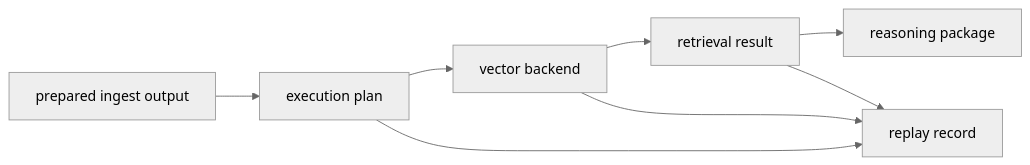
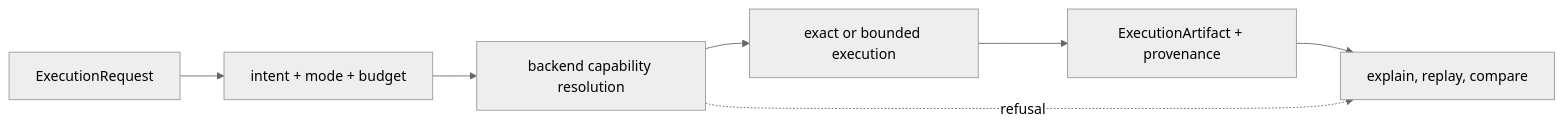
Before and after one commit to bijux/bijux-canon: the diagram in docs/03-bijux-canon-index/index.md, drawn with Mermaid (neutral theme). The commit also changed other lines of this file and 1 other file, not shown here.

Commit message:
docs(index): expose vector execution evidence

````diff
--- a/docs/03-bijux-canon-index/index.md
+++ b/docs/03-bijux-canon-index/index.md
@@ -23,14 +22,12 @@
 ```mermaid
 flowchart LR
-    prepared["prepared ingest output"]
-    plan["execution plan"]
-    backend["vector backend"]
-    result["retrieval result"]
-    replay["replay record"]
-    reason["reasoning package"]
+    request["ExecutionRequest"]
+    policy["intent + mode + budget"]
+    capabilities["backend capability resolution"]
+    execution["exact or bounded execution"]
+    artifact["ExecutionArtifact + provenance"]
+    review["explain, replay, compare"]
 
-    prepared --> plan --> backend --> result --> reason
-    plan --> replay
-    backend --> replay
-    result --> replay
+    request --> policy --> capabilities --> execution --> artifact --> review
+    capabilities -. refusal .-> review
 ```
````
